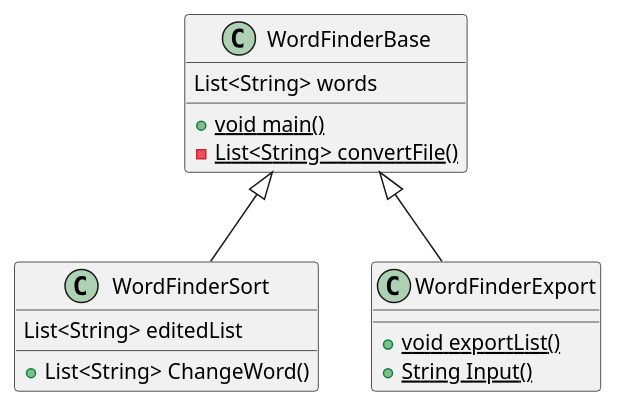
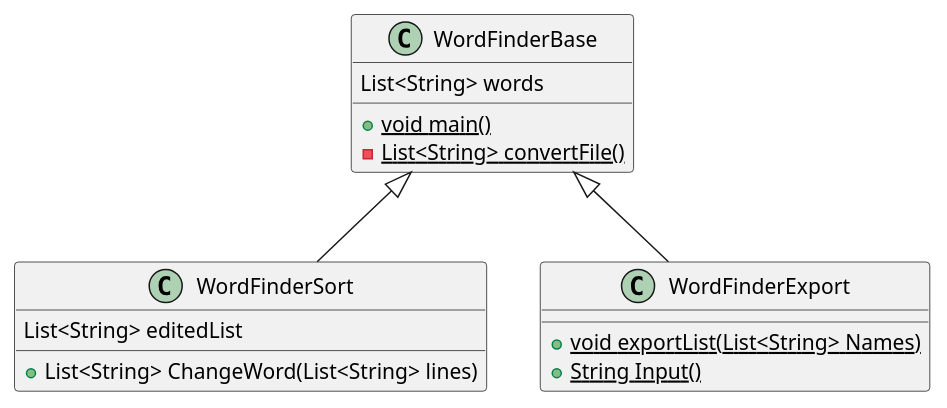
Before and after one commit to SmokeIce593/parrish-cop3330-assignment3: the diagram in docs/ex45.puml, drawn with PlantUML. The commit also changed 10 other files, not shown here.

```diff
--- a/docs/ex45.puml
+++ b/docs/ex45.puml
@@ -1,24 +1,24 @@
 @startuml
 'https://plantuml.com/class-diagram
 
 
 
 class WordFinderSort{
-    + List<String> ChangeWord()
+    + List<String> ChangeWord(List<String> lines)
     List<String> editedList
 }
 
 class WordFinderBase{
       List<String> words
    + {static} void main()
    - {static} List<String> convertFile()
 }
 
 class WordFinderExport{
-   + {static} void exportList()
+   + {static} void exportList(List<String> Names)
    + {static} String Input()
 }
 WordFinderBase <|-- WordFinderSort
 WordFinderBase <|-- WordFinderExport
 
 @enduml
```
